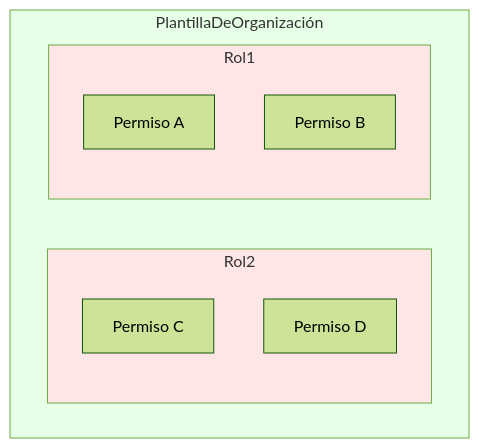
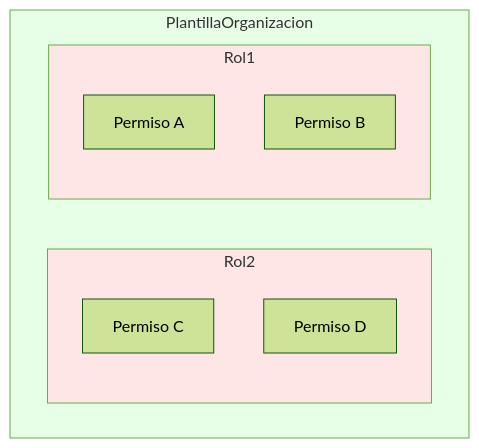
Before and after one commit to logto-io/docs: the fourth of 7 diagrams in i18n/es/docusaurus-plugin-content-docs/current/use-cases/multi-tenancy/build-multi-tenant-saas-application.mdx, drawn with Mermaid (forest theme). The commit also changed other lines of this file and 666 other files, not shown here.

````diff
--- a/i18n/es/docusaurus-plugin-content-docs/current/use-cases/multi-tenancy/build-multi-tenant-saas-application.mdx
+++ b/i18n/es/docusaurus-plugin-content-docs/current/use-cases/multi-tenancy/build-multi-tenant-saas-application.mdx
@@ -260,18 +260,18 @@
 ```mermaid
 graph TD
-    subgraph plantilla_organización[PlantillaDeOrganización]
-        subgraph rol_2[Rol2]
-            permiso_c[Permiso C]
-            permiso_d[Permiso D]
+    subgraph organization_template[PlantillaOrganizacion]
+        subgraph role_2[Rol2]
+            permission_c[Permiso C]
+            permission_d[Permiso D]
         end
 
-        subgraph rol_1[Rol1]
-            permiso_a[Permiso A]
-            permiso_b[Permiso B]
+        subgraph role_1[Rol1]
+            permission_a[Permiso A]
+            permission_b[Permiso B]
         end
     end
 
-    style plantilla_organización fill:#e6ffe6
-    style rol_1 fill:#ffe6e6
-    style rol_2 fill:#ffe6e6
+    style organization_template fill:#e6ffe6
+    style role_1 fill:#ffe6e6
+    style role_2 fill:#ffe6e6
 ```
````
